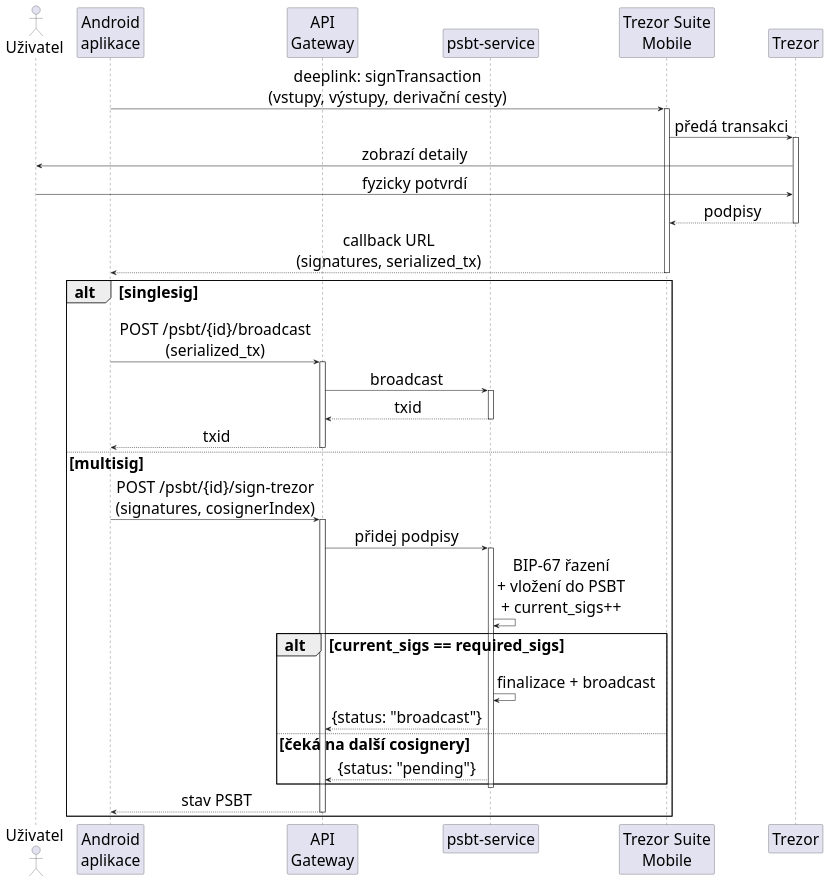
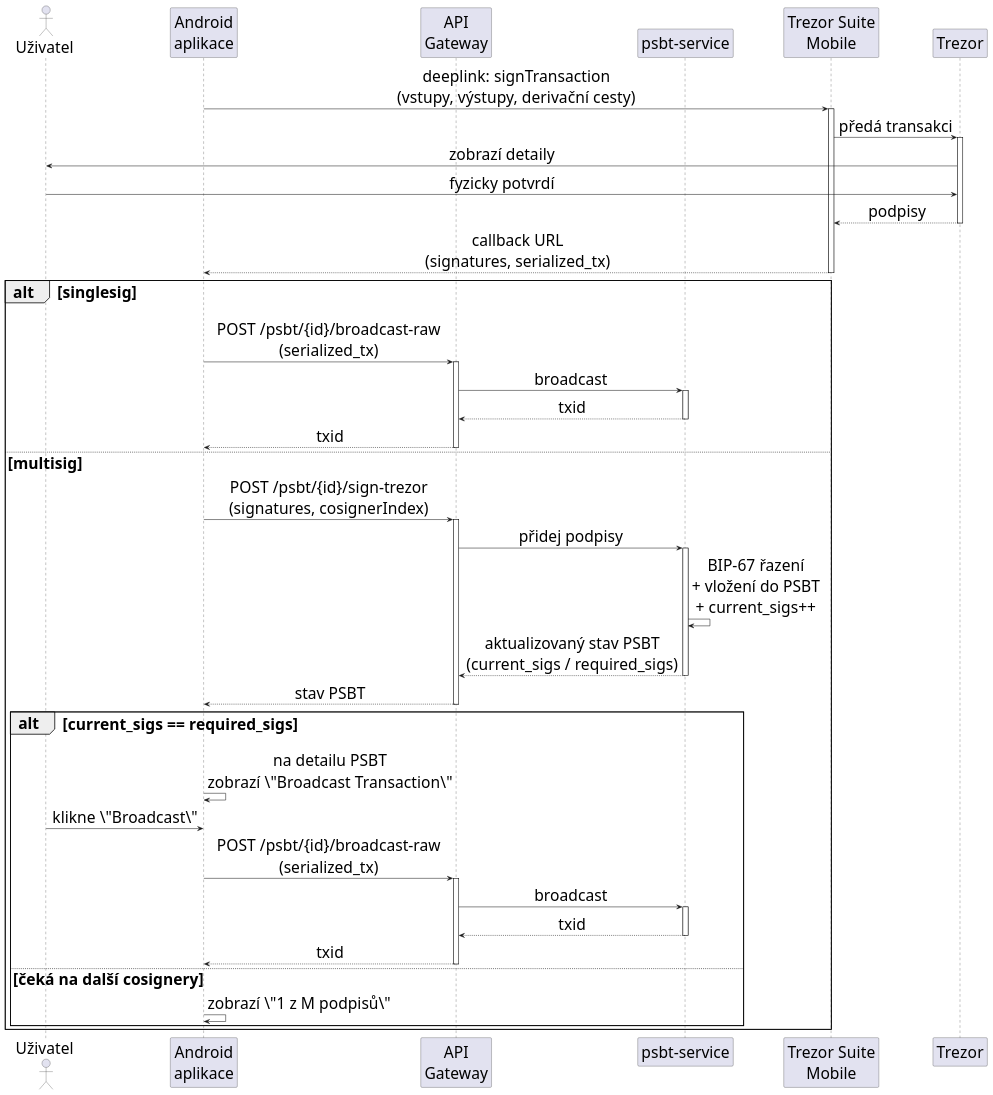
One commit to Majny/bitcoin-multisig-wallet changed the diagram in DOCS/thesis/img/trezor-signing-2.puml. Above: the diagram before and after it, drawn with PlantUML. The commit also changed 19 other files, not shown here.

Commit message:
[docs] refresh thesis diagram

```diff
--- a/DOCS/thesis/img/trezor-signing-2.puml
+++ b/DOCS/thesis/img/trezor-signing-2.puml
@@ -1,53 +1,62 @@
 @startuml
 skinparam backgroundColor white
 skinparam shadowing false
 skinparam defaultFontSize 30
 skinparam ParticipantPadding 10
 skinparam BoxPadding 8
 skinparam sequenceMessageAlign center
 
 actor "Uživatel" as user
 participant "Android\naplikace" as app
 participant "API\nGateway" as gw
 participant "psbt-service" as psbt
 participant "Trezor Suite\nMobile" as tsm
 participant "Trezor" as hw
 
 app -> tsm : deeplink: signTransaction\n(vstupy, výstupy, derivační cesty)
 activate tsm
 tsm -> hw : předá transakci
 activate hw
 hw -> user : zobrazí detaily
 user -> hw : fyzicky potvrdí
 hw --> tsm : podpisy
 deactivate hw
 tsm --> app : callback URL\n(signatures, serialized_tx)
 deactivate tsm
 
 alt singlesig
-    app -> gw : POST /psbt/{id}/broadcast\n(serialized_tx)
+    app -> gw : POST /psbt/{id}/broadcast-raw\n(serialized_tx)
     activate gw
     gw -> psbt : broadcast
     activate psbt
     psbt --> gw : txid
     deactivate psbt
     gw --> app : txid
     deactivate gw
 else multisig
     app -> gw : POST /psbt/{id}/sign-trezor\n(signatures, cosignerIndex)
     activate gw
     gw -> psbt : přidej podpisy
     activate psbt
     psbt -> psbt : BIP-67 řazení\n+ vložení do PSBT\n+ current_sigs++
-    alt current_sigs == required_sigs
-        psbt -> psbt : finalizace + broadcast
-        psbt --> gw : {status: "broadcast"}
-    else čeká na další cosignery
-        psbt --> gw : {status: "pending"}
-    end
+    psbt --> gw : aktualizovaný stav PSBT\n(current_sigs / required_sigs)
     deactivate psbt
     gw --> app : stav PSBT
     deactivate gw
+    alt current_sigs == required_sigs
+        app -> app : na detailu PSBT\nzobrazí \"Broadcast Transaction\"
+        user -> app : klikne \"Broadcast\"
+        app -> gw : POST /psbt/{id}/broadcast-raw\n(serialized_tx)
+        activate gw
+        gw -> psbt : broadcast
+        activate psbt
+        psbt --> gw : txid
+        deactivate psbt
+        gw --> app : txid
+        deactivate gw
+    else čeká na další cosignery
+        app -> app : zobrazí \"1 z M podpisů\"
+    end
 end
 
 @enduml
```
